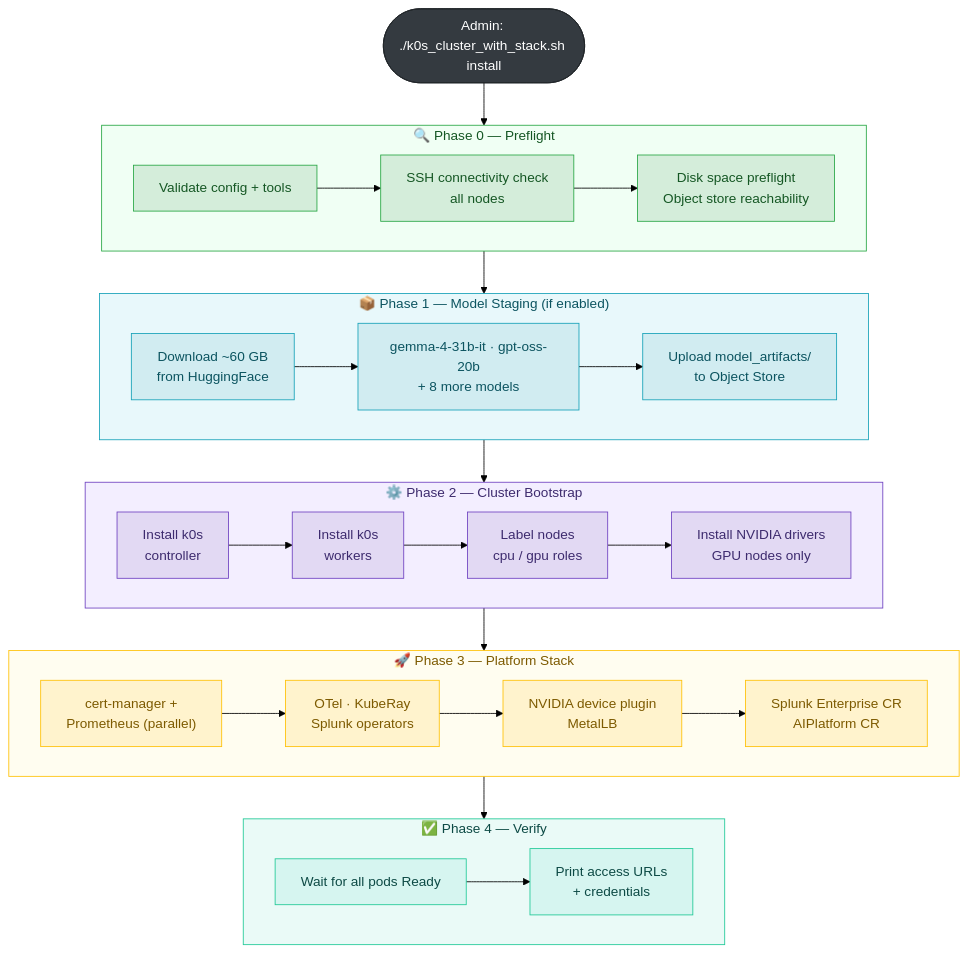
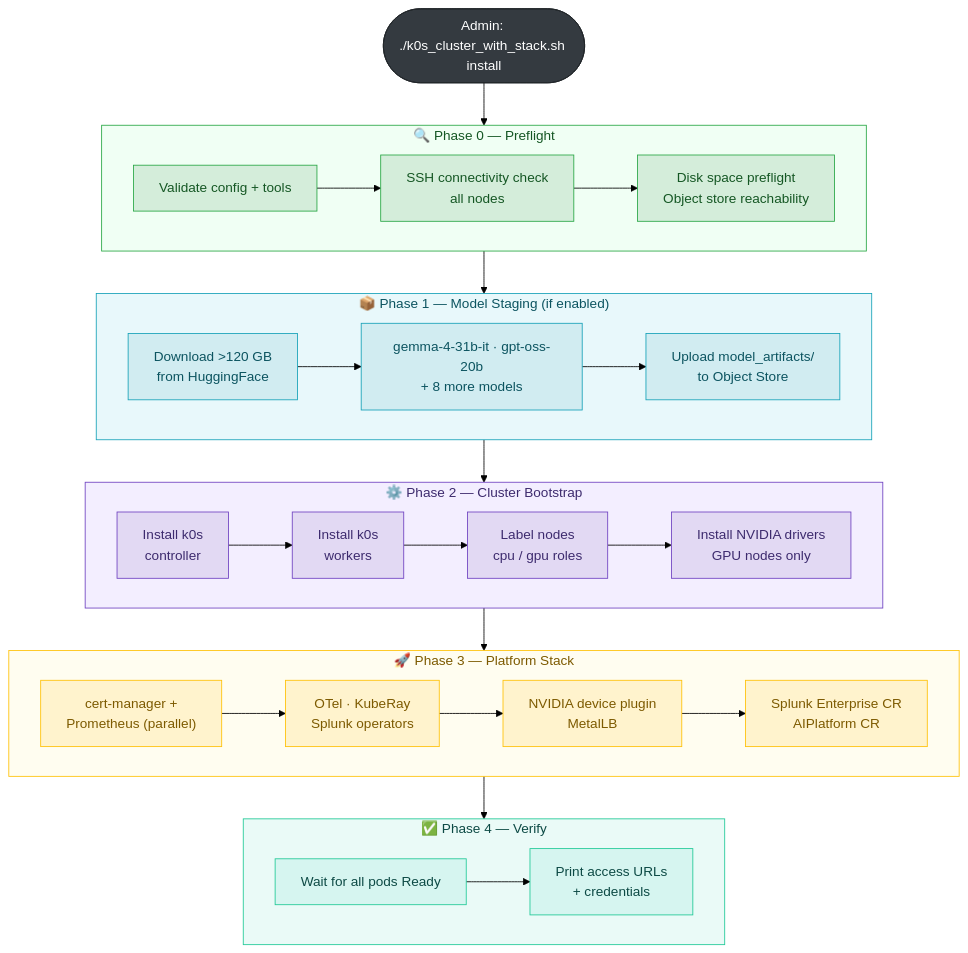
Before and after one commit to splunk/splunk-ai-operator: the fourth of 14 diagrams in tools/cluster_setup/DEPLOYMENT_GUIDE.md, drawn with Mermaid (forest theme). The commit also changed other lines of this file and 2 other files, not shown here.

First line of the commit message:
docs: correct model weight download size from ~60 GB to >120 GB

````diff
--- a/tools/cluster_setup/DEPLOYMENT_GUIDE.md
+++ b/tools/cluster_setup/DEPLOYMENT_GUIDE.md
@@ -149,56 +149,56 @@
 ```mermaid
 flowchart TD
     START(["Admin: ./k0s_cluster_with_stack.sh install"])
 
     subgraph P0["🔍 Phase 0 — Preflight"]
         direction LR
         V1["Validate config + tools"] --> V2["SSH connectivity check\nall nodes"]
         V2 --> V3["Disk space preflight\nObject store reachability"]
     end
 
     subgraph P1["📦 Phase 1 — Model Staging  (if enabled)"]
         direction LR
-        M1["Download ~60 GB\nfrom HuggingFace"] --> M2["gemma-4-31b-it · gpt-oss-20b\n+ 8 more models"]
+        M1["Download >120 GB\nfrom HuggingFace"] --> M2["gemma-4-31b-it · gpt-oss-20b\n+ 8 more models"]
         M2 --> M3["Upload model_artifacts/\nto Object Store"]
     end
 
     subgraph P2["⚙️ Phase 2 — Cluster Bootstrap"]
         direction LR
         C1["Install k0s\ncontroller"] --> C2["Install k0s\nworkers"]
         C2 --> C3["Label nodes\ncpu / gpu roles"]
         C3 --> C4["Install NVIDIA drivers\nGPU nodes only"]
     end
 
     subgraph P3["🚀 Phase 3 — Platform Stack"]
         direction LR
         H1["cert-manager +\nPrometheus (parallel)"] --> H2["OTel · KubeRay\nSplunk operators"]
         H2 --> H3["NVIDIA device plugin\nMetalLB"]
         H3 --> H4["Splunk Enterprise CR\nAIPlatform CR"]
     end
 
     subgraph P4["✅ Phase 4 — Verify"]
         direction LR
         R1["Wait for all pods Ready"] --> R2["Print access URLs\n+ credentials"]
     end
 
     START --> P0 --> P1 --> P2 --> P3 --> P4
 
     classDef preflight  fill:#d4edda,color:#155724,stroke:#28a745
     classDef staging    fill:#d1ecf1,color:#0c5460,stroke:#17a2b8
     classDef bootstrap  fill:#e2d9f3,color:#3d2b6e,stroke:#6f42c1
     classDef platform   fill:#fff3cd,color:#7d5a00,stroke:#ffc107
     classDef verify     fill:#d6f5f0,color:#0d4a45,stroke:#20c997
 
     class V1,V2,V3 preflight
     class M1,M2,M3 staging
     class C1,C2,C3,C4 bootstrap
     class H1,H2,H3,H4 platform
     class R1,R2 verify
 
     style START fill:#343a40,color:#ffffff,stroke:#212529
     style P0 fill:#f0fff4,color:#155724,stroke:#28a745
     style P1 fill:#e8f8fb,color:#0c5460,stroke:#17a2b8
     style P2 fill:#f3eeff,color:#3d2b6e,stroke:#6f42c1
     style P3 fill:#fffdf0,color:#7d5a00,stroke:#ffc107
     style P4 fill:#eafaf7,color:#0d4a45,stroke:#20c997
 ```
````
